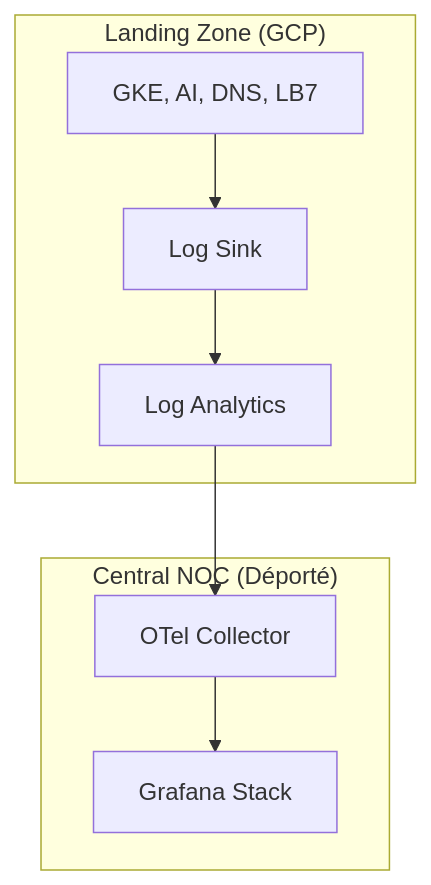
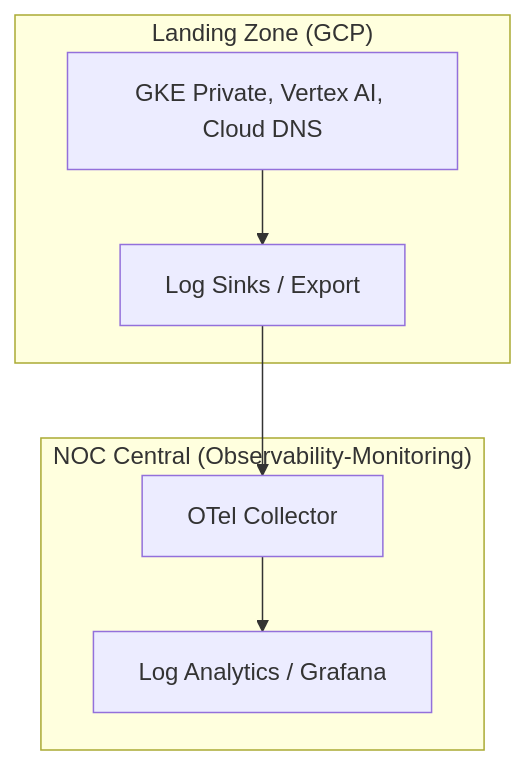
One commit to ravindrajob/CloudGCP changed the diagram in landingZone/Observability (Cloud Monitoring)/README.md. Above: the diagram before and after it, drawn with Mermaid. The commit also changed other lines of this file, not shown here.

Commit message:
docs: finalisation de l'observabilité déportée avec schémas Mermaid et audits IA v2.3

````diff
--- a/landingZone/Observability (Cloud Monitoring)/README.md
+++ b/landingZone/Observability (Cloud Monitoring)/README.md
@@ -19,18 +14,16 @@
 ```mermaid
 graph TD
     subgraph "Landing Zone (GCP)"
-        Services[GKE, AI, DNS, LB7]
-        Sink[Log Sink]
-        Analytics[Log Analytics]
+        Services[GKE Private, Vertex AI, Cloud DNS]
+        Sinks[Log Sinks / Export]
     end
     
-    subgraph "Central NOC (Déporté)"
-        OTel[OTel Collector]
-        LGTM[Grafana Stack]
+    subgraph "NOC Central (Observability-Monitoring)"
+        Collector[OTel Collector]
+        Storage[Log Analytics / Grafana]
     end
 
-    Services --> Sink
-    Sink --> Analytics
-    Analytics --> OTel
-    OTel --> LGTM
+    Services --> Sinks
+    Sinks --> Collector
+    Collector --> Storage
 ```
````
